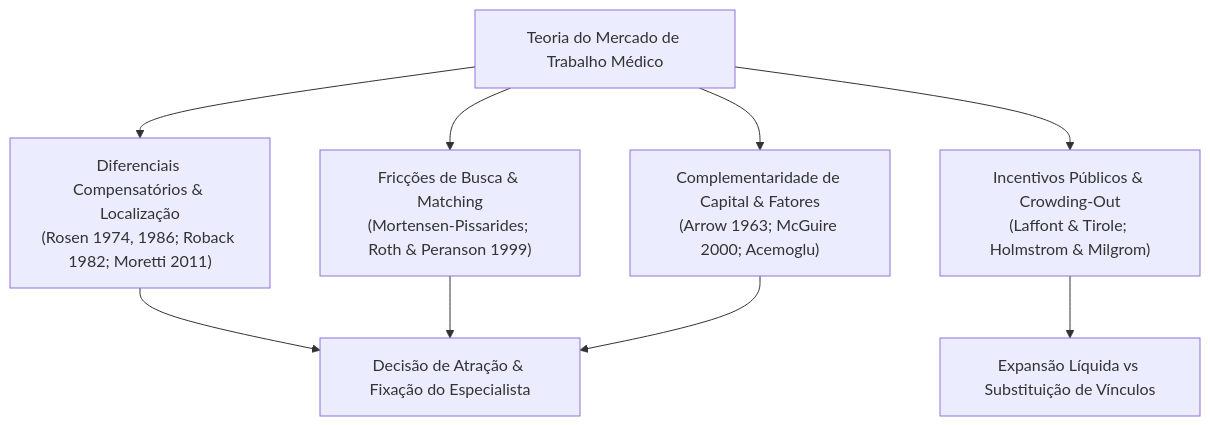
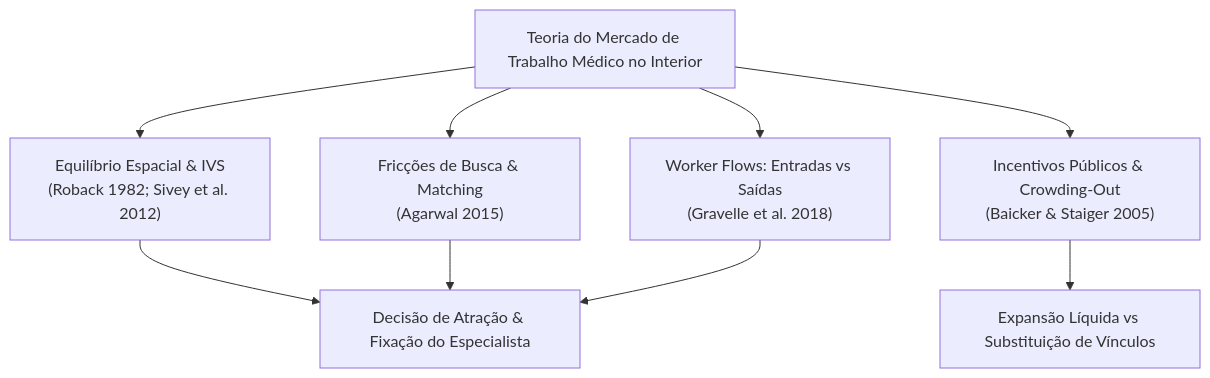
Before and after one commit to ka1victor/impact-eval-health-econ-pmme: the first of 4 diagrams in docs/07_estrategia_revisao_literatura.md, drawn with Mermaid. The commit also changed other lines of this file and 76 other files, not shown here.

````diff
--- a/docs/07_estrategia_revisao_literatura.md
+++ b/docs/07_estrategia_revisao_literatura.md
@@ -29,12 +30,12 @@
 ```mermaid
 graph TD
-    A["Teoria do Mercado de Trabalho Médico"] --> B["Diferenciais Compensatórios & Localização<br/>(Rosen 1974, 1986; Roback 1982; Moretti 2011)"]
-    A --> C["Fricções de Busca & Matching<br/>(Mortensen-Pissarides; Roth & Peranson 1999)"]
-    A --> D["Complementaridade de Capital & Fatores<br/>(Arrow 1963; McGuire 2000; Acemoglu)"]
-    A --> E["Incentivos Públicos & Crowding-Out<br/>(Laffont & Tirole; Holmstrom & Milgrom)"]
+    A["Teoria do Mercado de Trabalho Médico no Interior"] --> B["Equilíbrio Espacial & IVS<br/>(Roback 1982; Sivey et al. 2012)"]
+    A --> C["Fricções de Busca & Matching<br/>(Agarwal 2015)"]
+    A --> D["Worker Flows: Entradas vs Saídas<br/>(Gravelle et al. 2018)"]
+    A --> E["Incentivos Públicos & Crowding-Out<br/>(Baicker & Staiger 2005)"]
     
     B --> F["Decisão de Atração & Fixação do Especialista"]
     C --> F
     D --> F
     E --> G["Expansão Líquida vs Substituição de Vínculos"]
 ```
````
